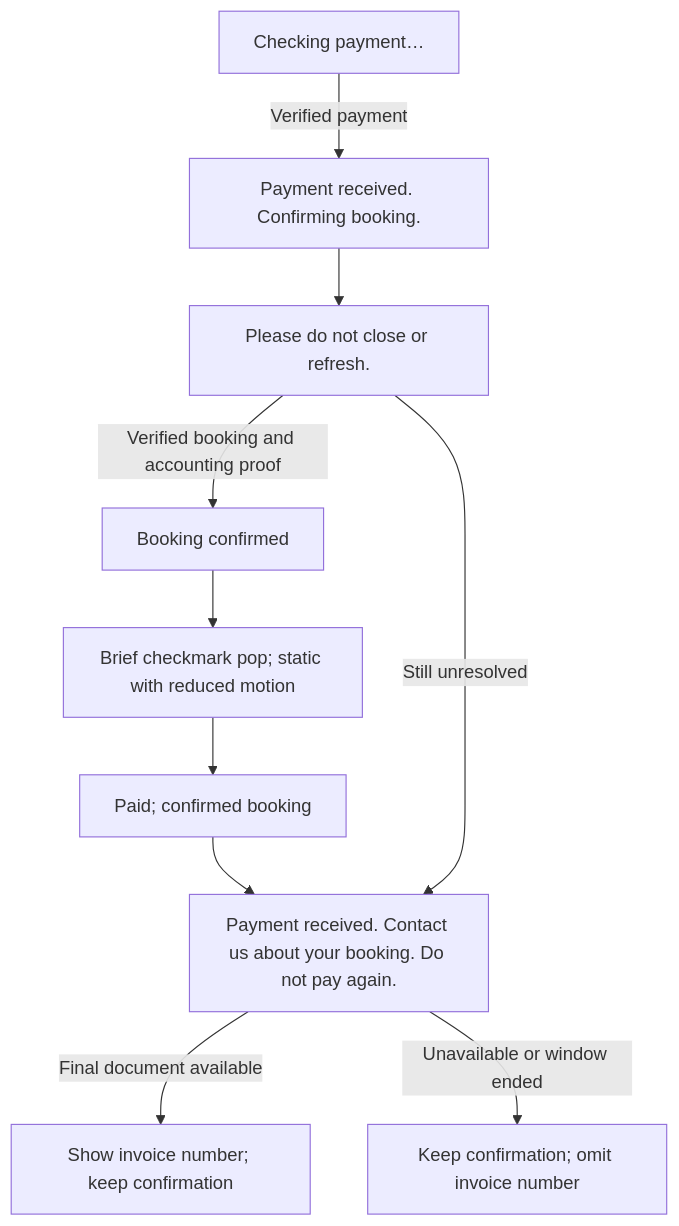
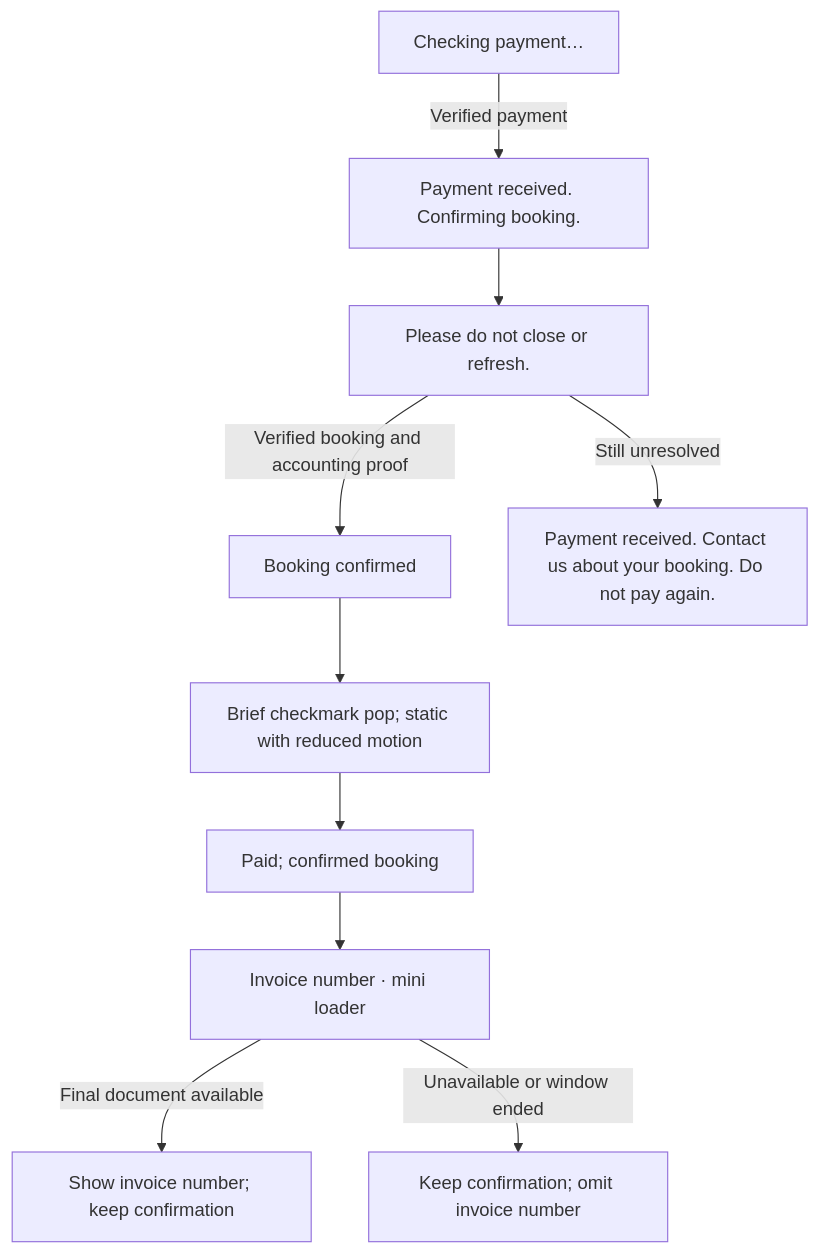
One commit to soccerbotstudiosg/soccerbotstudioSG changed the tenth of 19 diagrams in docs/booking-flows.md. Above: the diagram before and after it, drawn with Mermaid. The commit also changed other lines of this file and 20 other files, not shown here.

````diff
--- a/docs/booking-flows.md
+++ b/docs/booking-flows.md
@@ -135,12 +144,12 @@
 ```mermaid
 flowchart TD
   A["Checking payment…"] -->|Verified payment| B["Payment received. Confirming booking."]
   B --> C["Please do not close or refresh."]
   C -->|Verified booking and accounting proof| D["Booking confirmed"]
   D --> E["Brief checkmark pop; static with reduced motion"]
   E --> F["Paid; confirmed booking"]
   F --> G["Invoice number · mini loader"]
   G -->|Final document available| H["Show invoice number; keep confirmation"]
   G -->|Unavailable or window ended| I["Keep confirmation; omit invoice number"]
-  C -->|Still unresolved| G["Payment received. Contact us about your booking. Do not pay again."]
+  C -->|Still unresolved| J["Payment received. Contact us about your booking. Do not pay again."]
 ```
````
